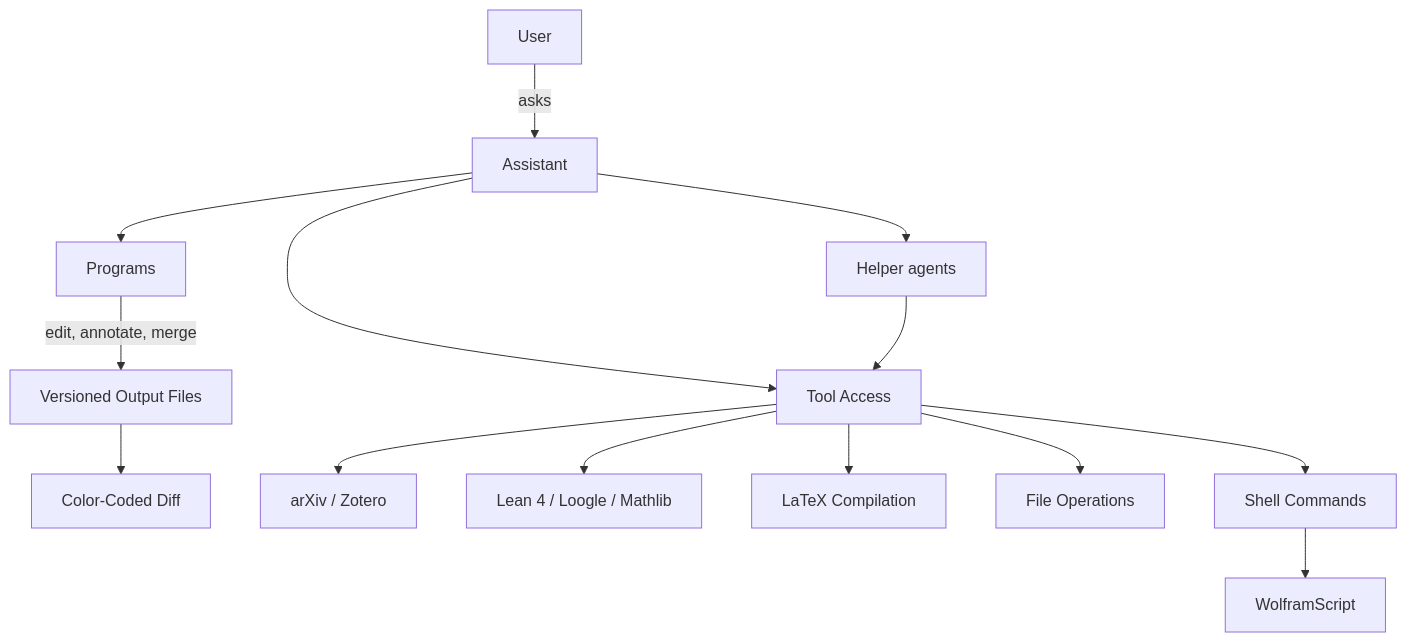
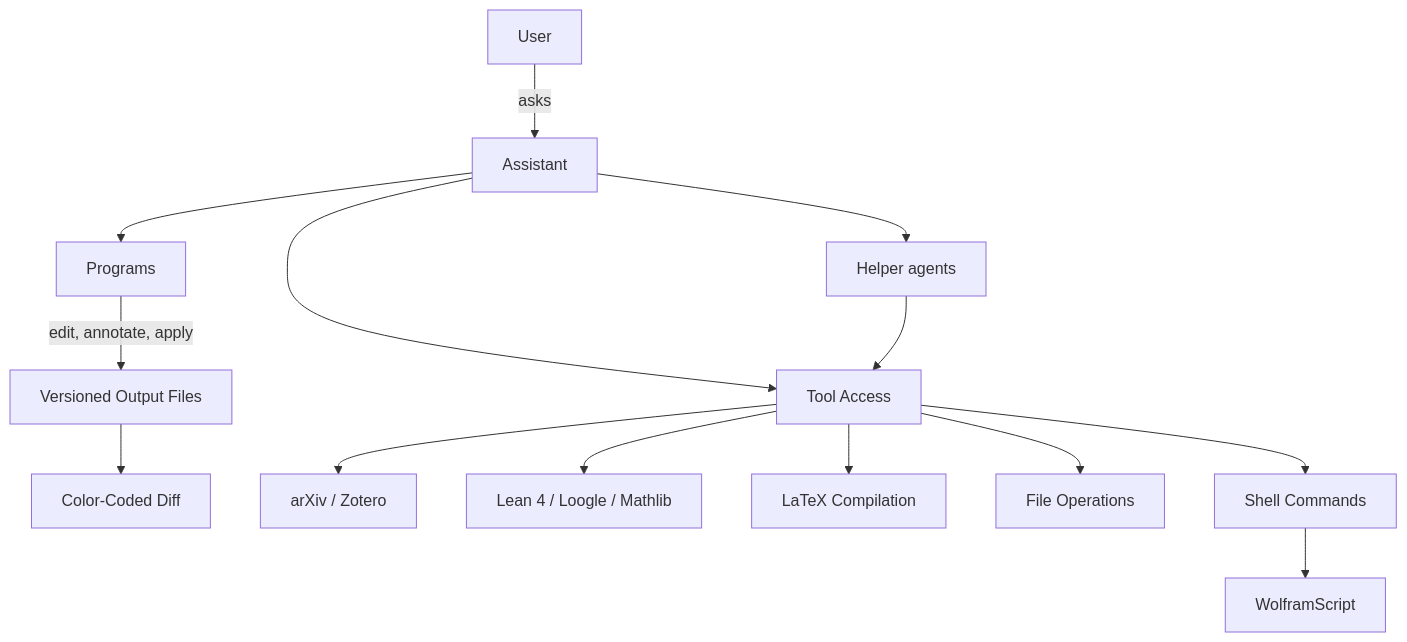
Before and after one commit to LionSR/TeXRA: the diagram in docs/guide/index.md, drawn with Mermaid. The commit also changed 40 other files, not shown here.

````diff
--- a/docs/guide/index.md
+++ b/docs/guide/index.md
@@ -71,18 +71,18 @@
 ```mermaid
 graph TB
     User[User] --> |asks| Assistant[Assistant]
     Assistant --> WA[Programs]
     Assistant --> IA[Helper agents]
     Assistant --> Tools
 
-    WA --> |edit, annotate, merge| Output[Versioned Output Files]
+    WA --> |edit, annotate, apply| Output[Versioned Output Files]
     Output --> Diff[Color-Coded Diff]
 
     IA --> Tools[Tool Access]
     Tools --> Search[arXiv / Zotero]
     Tools --> Lean[Lean 4 / Loogle / Mathlib]
     Tools --> Compile[LaTeX Compilation]
     Tools --> FileOps[File Operations]
     Tools --> Shell[Shell Commands]
     Shell --> Wolfram[WolframScript]
 ```
````
